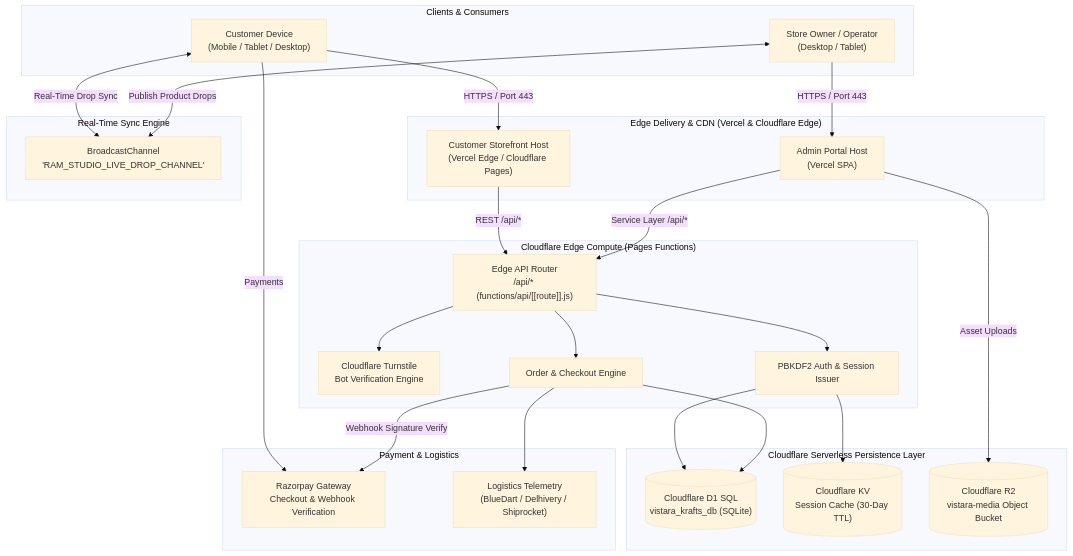
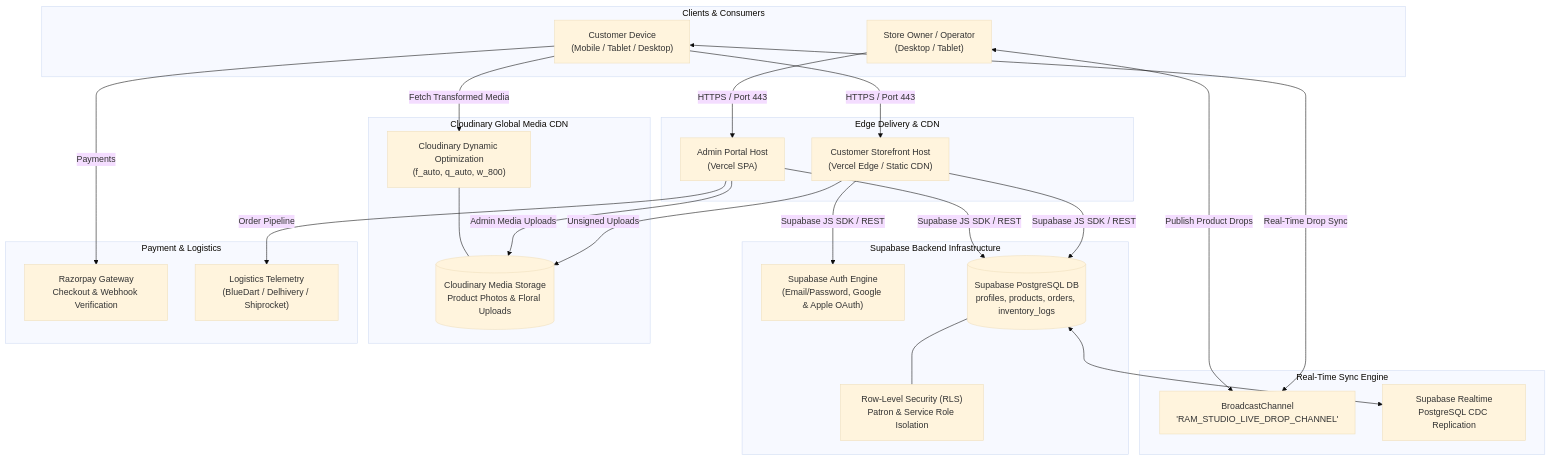
One commit to abhieee-java/vistara-krafts changed the first of 4 diagrams in ARCHITECTURE.md. Above: the diagram before and after it, drawn with Mermaid (base theme). The commit also changed other lines of this file and 28 other files, not shown here.

First line of the commit message:
feat(architecture): complete migration to Supabase (PostgreSQL 15+ & Auth) and Cloudinary storage

````diff
--- a/ARCHITECTURE.md
+++ b/ARCHITECTURE.md
@@ -16,56 +17,54 @@
 ```mermaid
 flowchart TD
     subgraph Users ["Clients & Consumers"]
         Customer["Customer Device<br/>(Mobile / Tablet / Desktop)"]
         Owner["Store Owner / Operator<br/>(Desktop / Tablet)"]
     end
 
-    subgraph CDN ["Edge Delivery & CDN (Vercel & Cloudflare Edge)"]
-        SF_Host["Customer Storefront Host<br/>(Vercel Edge / Cloudflare Pages)"]
+    subgraph CDN ["Edge Delivery & CDN"]
+        SF_Host["Customer Storefront Host<br/>(Vercel Edge / Static CDN)"]
         AP_Host["Admin Portal Host<br/>(Vercel SPA)"]
     end
 
     subgraph Sync ["Real-Time Sync Engine"]
         BC["BroadcastChannel<br/>'RAM_STUDIO_LIVE_DROP_CHANNEL'"]
+        SB_Realtime["Supabase Realtime<br/>PostgreSQL CDC Replication"]
     end
 
-    subgraph EdgeCompute ["Cloudflare Edge Compute (Pages Functions)"]
-        Router["Edge API Router<br/>/api/* (functions/api/[[route]].js)"]
-        Turnstile["Cloudflare Turnstile<br/>Bot Verification Engine"]
-        AuthModule["PBKDF2 Auth & Session Issuer"]
-        OrderModule["Order & Checkout Engine"]
+    subgraph SupabasePlatform ["Supabase Backend Infrastructure"]
+        SB_Auth["Supabase Auth Engine<br/>(Email/Password, Google & Apple OAuth)"]
+        Postgres[("Supabase PostgreSQL DB<br/>profiles, products, orders, inventory_logs")]
+        RLS["Row-Level Security (RLS)<br/>Patron & Service Role Isolation"]
     end
 
-    subgraph Storage ["Cloudflare Serverless Persistence Layer"]
-        D1[("Cloudflare D1 SQL<br/>vistara_krafts_db (SQLite)")]
-        KV[("Cloudflare KV<br/>Session Cache (30-Day TTL)")]
-        R2[("Cloudflare R2<br/>vistara-media Object Bucket")]
+    subgraph MediaCDN ["Cloudinary Global Media CDN"]
+        CloudinaryStorage[("Cloudinary Media Storage<br/>Product Photos & Floral Uploads")]
+        CloudinaryTransforms["Cloudinary Dynamic Optimization<br/>(f_auto, q_auto, w_800)"]
     end
 
     subgraph Gateway ["Payment & Logistics"]
         Razorpay["Razorpay Gateway<br/>Checkout & Webhook Verification"]
         Courier["Logistics Telemetry<br/>(BlueDart / Delhivery / Shiprocket)"]
     end
 
     Customer -->|HTTPS / Port 443| SF_Host
     Owner -->|HTTPS / Port 443| AP_Host
 
     Customer <-->|Real-Time Drop Sync| BC
     Owner <-->|Publish Product Drops| BC
 
-    SF_Host -->|REST /api/*| Router
-    AP_Host -->|Service Layer /api/*| Router
+    SF_Host -->|Supabase JS SDK / REST| SB_Auth
+    SF_Host -->|Supabase JS SDK / REST| Postgres
+    AP_Host -->|Supabase JS SDK / REST| Postgres
 
-    Router --> Turnstile
-    Router --> AuthModule
-    Router --> OrderModule
+    Postgres --- RLS
+    Postgres <--> SB_Realtime
 
-    AuthModule --> D1
-    AuthModule --> KV
-    OrderModule --> D1
-    AP_Host -->|Asset Uploads| R2
+    SF_Host -->|Unsigned Uploads| CloudinaryStorage
+    AP_Host -->|Admin Media Uploads| CloudinaryStorage
+    Customer -->|Fetch Transformed Media| CloudinaryTransforms
+    CloudinaryTransforms --- CloudinaryStorage
 
     Customer -->|Payments| Razorpay
-    OrderModule -->|Webhook Signature Verify| Razorpay
-    OrderModule --> Courier
+    AP_Host -->|Order Pipeline| Courier
 ```
````
